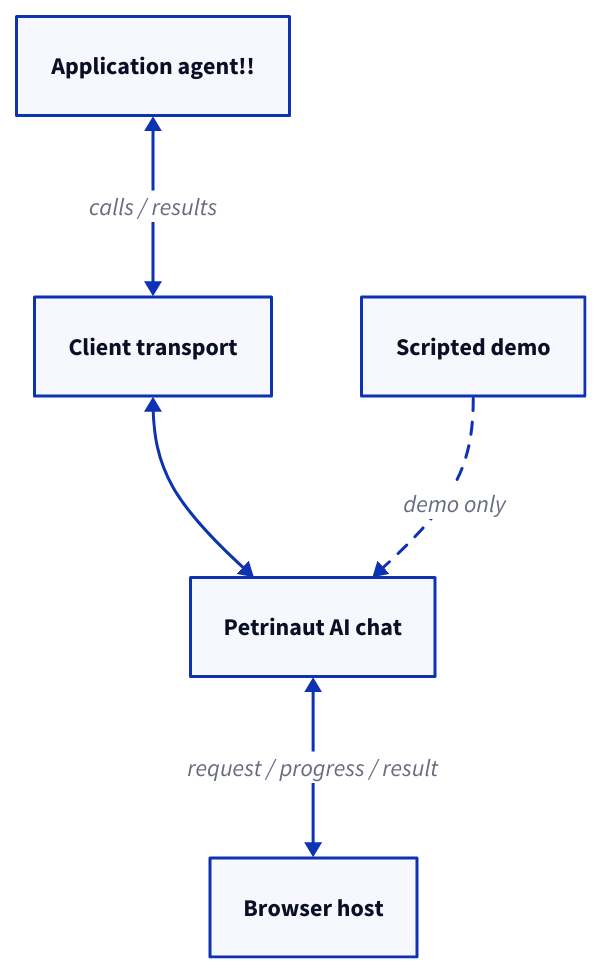
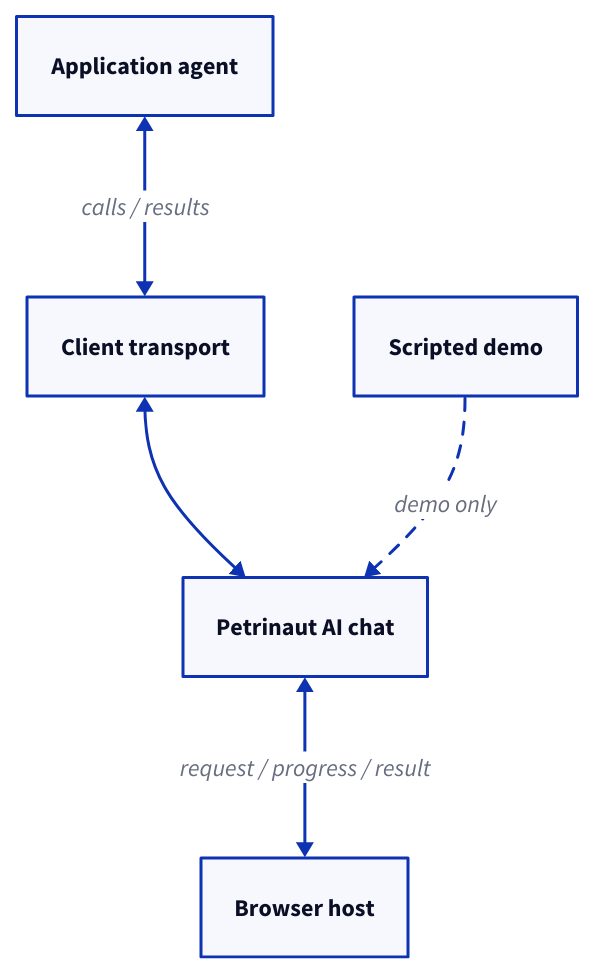
Before and after one commit to hashintel/hash: the diagram in libs/@hashintel/petrinaut-core/src/experiments/ai-client-integration.d2, drawn with D2. The commit also changed 19 other files, not shown here.

```diff
--- a/libs/@hashintel/petrinaut-core/src/experiments/ai-client-integration.d2
+++ b/libs/@hashintel/petrinaut-core/src/experiments/ai-client-integration.d2
@@ -1,11 +1,11 @@
 direction: down
 vars: {d2-config: {theme-id: 0}}
-app: "Application agent!!"
+app: "Application agent"
 transport: "Client transport"
 demo: "Scripted demo"
 chat: "Petrinaut AI chat"
 host: "Browser host"
 app <-> transport: "calls / results"
 transport <-> chat
 demo -> chat: "demo only" {style.stroke-dash: 4}
 chat <-> host: "request / progress / result"
```
